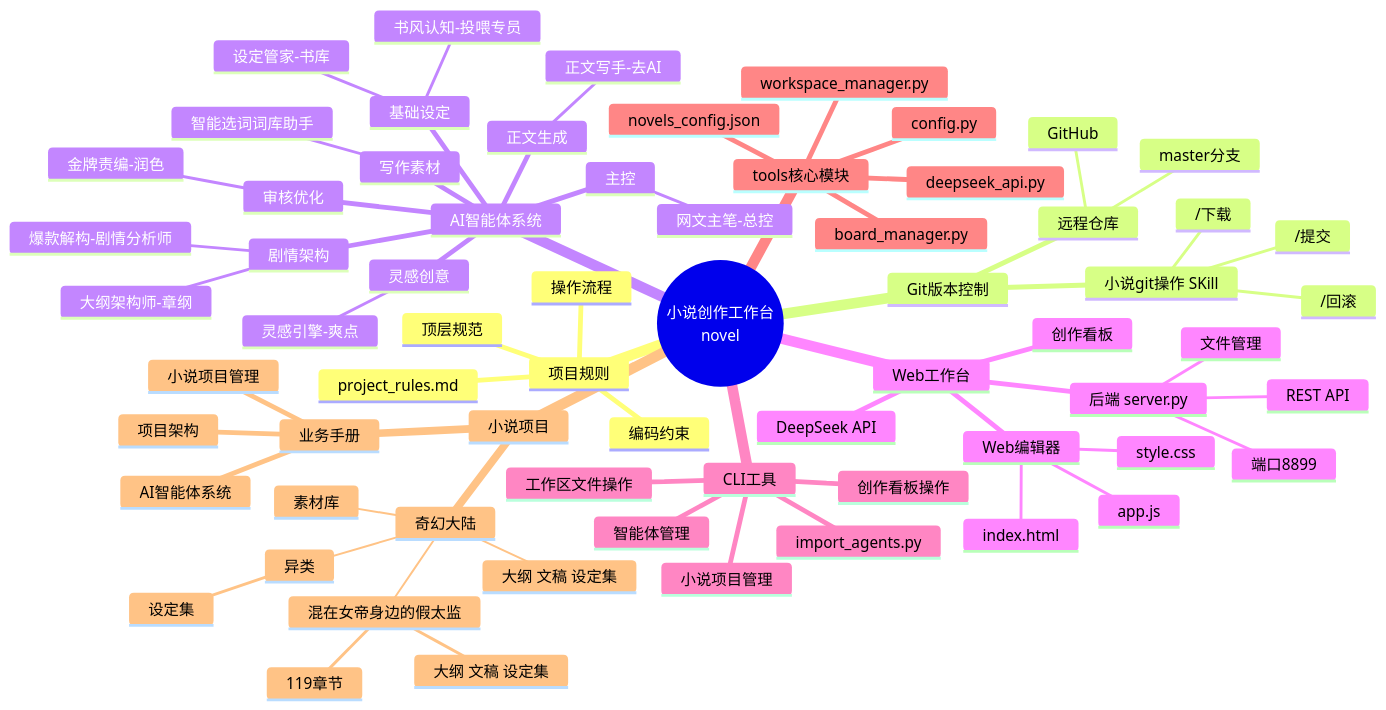
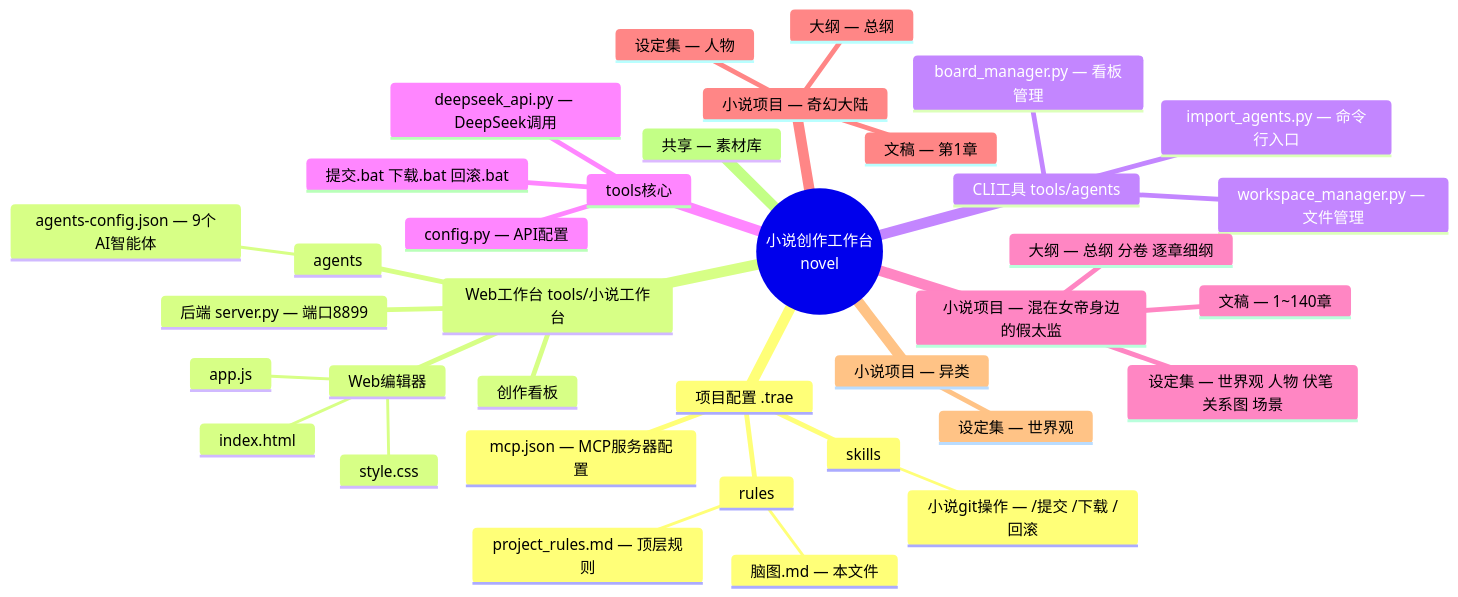
Before and after one commit to LAOYE1988/novel: the first of 5 diagrams in .trae/rules/脑图.md, drawn with Mermaid. The commit also changed other lines of this file and 7 other files, not shown here.

Commit message:
更新顶层规则和脑图 (2026-06-25 12:30)

````diff
--- a/.trae/rules/脑图.md
+++ b/.trae/rules/脑图.md
@@ -3,70 +7,39 @@
 ```mermaid
 mindmap
   root((小说创作工作台<br/>novel))
-    项目规则
-      project_rules.md
-      顶层规范
-      编码约束
-      操作流程
-    Git版本控制
-      小说git操作 SKill
-        /提交
-        /下载
-        /回滚
-      远程仓库
-        GitHub
-        master分支
-    AI智能体系统
-      主控
-        网文主笔-总控
-      基础设定
-        设定管家-书库
-        书风认知-投喂专员
-      剧情架构
-        爆款解构-剧情分析师
-        大纲架构师-章纲
-      正文生成
-        正文写手-去AI
-      灵感创意
-        灵感引擎-爽点
-      审核优化
-        金牌责编-润色
-      写作素材
-        智能选词词库助手
-    Web工作台
-      后端 server.py
-        端口8899
-        REST API
-        文件管理
+    项目配置 .trae
+      rules
+        project_rules.md — 顶层规则
+        脑图.md — 本文件
+      skills
+        小说git操作 — /提交 /下载 /回滚
+      mcp.json — MCP服务器配置
+    Web工作台 tools/小说工作台
+      后端 server.py — 端口8899
       Web编辑器
         index.html
         app.js
         style.css
       创作看板
-      DeepSeek API
-    CLI工具
-      import_agents.py
-      智能体管理
-      小说项目管理
-      创作看板操作
-      工作区文件操作
-    tools核心模块
-      config.py
-      deepseek_api.py
-      board_manager.py
-      workspace_manager.py
-      novels_config.json
-   小说项目
-     奇幻大陆
-       大纲 文稿 设定集
-      混在女帝身边的假太监
-       大纲 文稿 设定集
-       119章节
-      异类
-       设定集
-      素材库
-    业务手册
-      AI智能体系统
-      项目架构
-      小说项目管理
+      agents
+        agents-config.json — 9个AI智能体
+    CLI工具 tools/agents
+      import_agents.py — 命令行入口
+      board_manager.py — 看板管理
+      workspace_manager.py — 文件管理
+    tools核心
+      config.py — API配置
+      deepseek_api.py — DeepSeek调用
+      提交.bat 下载.bat 回滚.bat
+    小说项目 — 混在女帝身边的假太监
+      大纲 — 总纲 分卷 逐章细纲
+      文稿 — 1~140章
+      设定集 — 世界观 人物 伏笔 关系图 场景
+    小说项目 — 奇幻大陆
+      大纲 — 总纲
+      文稿 — 第1章
+      设定集 — 人物
+    小说项目 — 异类
+      设定集 — 世界观
+    共享 — 素材库
 ```
````
